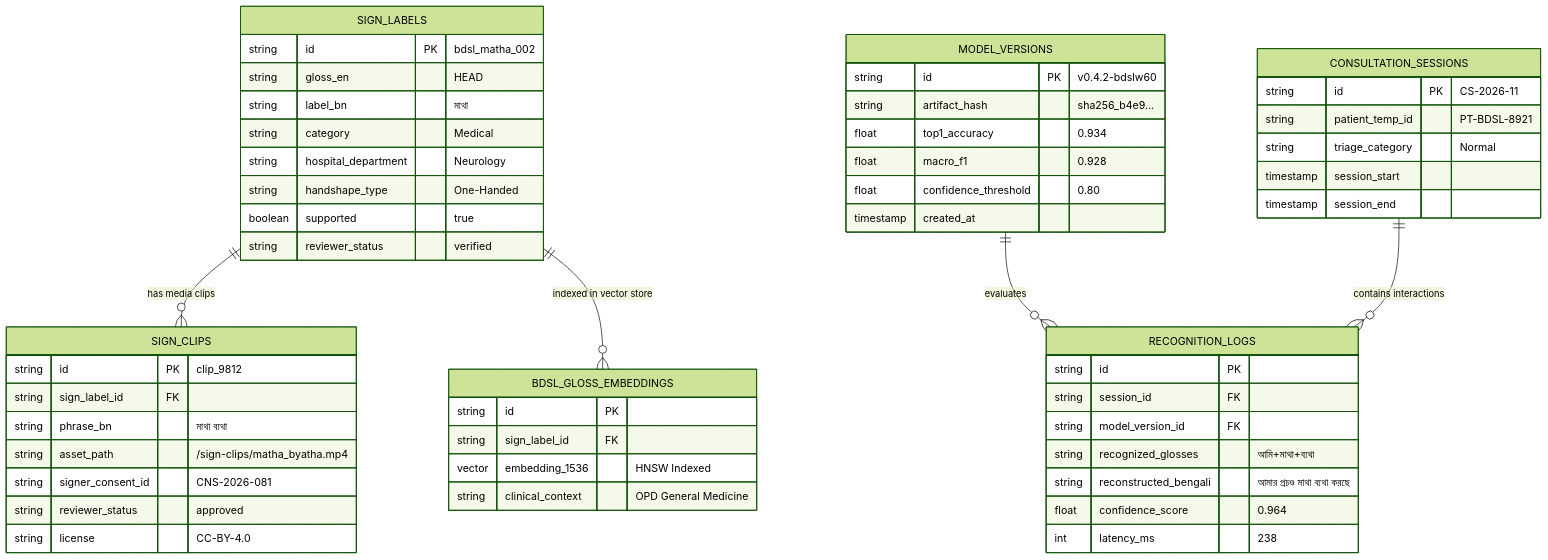
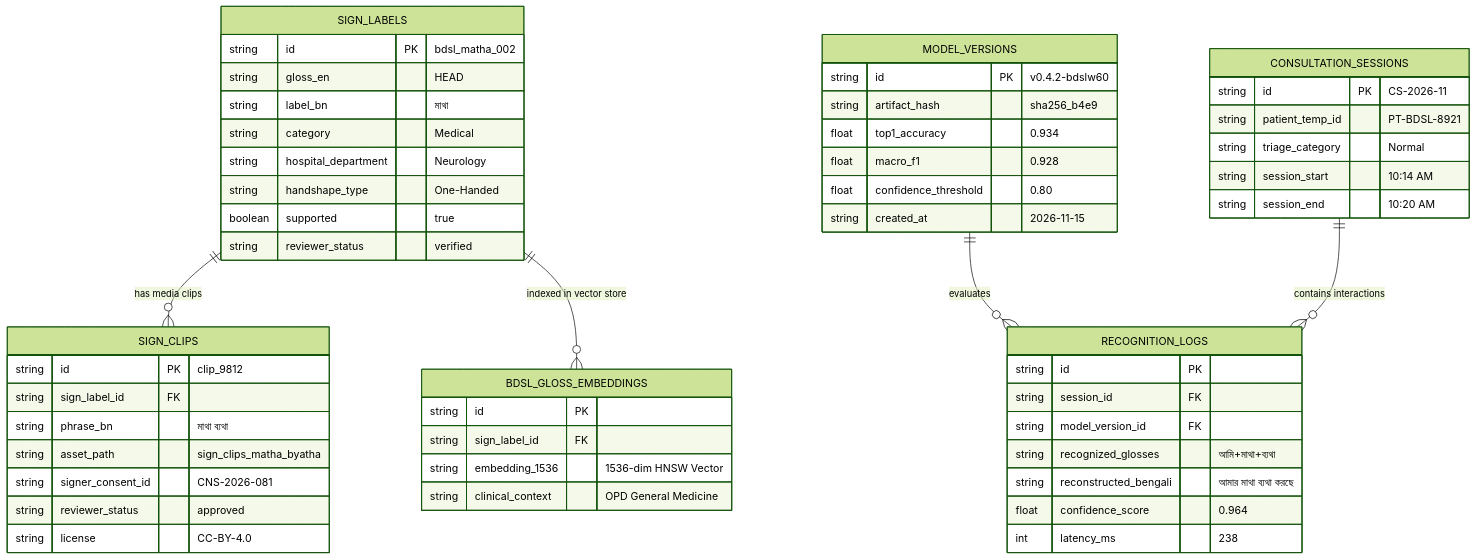
The fourth of 6 diagrams in README.md (mohammademon10/Bhasha-Drishti), drawn with Mermaid (forest theme) before and after one commit. The commit also changed other lines of this file and 9 other files, not shown here.

Commit message:
feat: apply Royal Aurora color palette, realistic 3D clinical avatar, declutter UI, and fix GitHub Mermaid diagrams

````diff
--- a/README.md
+++ b/README.md
@@ -174,62 +185,62 @@
 ```mermaid
 erDiagram
     SIGN_LABELS ||--o{ SIGN_CLIPS : "has media clips"
     SIGN_LABELS ||--o{ BDSL_GLOSS_EMBEDDINGS : "indexed in vector store"
     MODEL_VERSIONS ||--o{ RECOGNITION_LOGS : "evaluates"
     CONSULTATION_SESSIONS ||--o{ RECOGNITION_LOGS : "contains interactions"
 
     SIGN_LABELS {
         string id PK "bdsl_matha_002"
         string gloss_en "HEAD"
         string label_bn "মাথা"
         string category "Medical"
         string hospital_department "Neurology"
         string handshape_type "One-Handed"
         boolean supported "true"
         string reviewer_status "verified"
     }
 
     SIGN_CLIPS {
         string id PK "clip_9812"
         string sign_label_id FK
         string phrase_bn "মাথা ব্যথা"
-        string asset_path "/sign-clips/matha_byatha.mp4"
+        string asset_path "sign_clips_matha_byatha"
         string signer_consent_id "CNS-2026-081"
         string reviewer_status "approved"
         string license "CC-BY-4.0"
     }
 
     BDSL_GLOSS_EMBEDDINGS {
         string id PK
         string sign_label_id FK
-        vector embedding_1536 "HNSW Indexed"
+        string embedding_1536 "1536-dim HNSW Vector"
         string clinical_context "OPD General Medicine"
     }
 
     MODEL_VERSIONS {
         string id PK "v0.4.2-bdslw60"
-        string artifact_hash "sha256_b4e9..."
+        string artifact_hash "sha256_b4e9"
         float top1_accuracy "0.934"
         float macro_f1 "0.928"
         float confidence_threshold "0.80"
-        timestamp created_at
+        string created_at "2026-11-15"
     }
 
     CONSULTATION_SESSIONS {
         string id PK "CS-2026-11"
         string patient_temp_id "PT-BDSL-8921"
         string triage_category "Normal"
-        timestamp session_start
-        timestamp session_end
+        string session_start "10:14 AM"
+        string session_end "10:20 AM"
     }
 
     RECOGNITION_LOGS {
         string id PK
         string session_id FK
         string model_version_id FK
         string recognized_glosses "আমি+মাথা+ব্যথা"
-        string reconstructed_bengali "আমার প্রচণ্ড মাথা ব্যথা করছে"
+        string reconstructed_bengali "আমার মাথা ব্যথা করছে"
         float confidence_score "0.964"
         int latency_ms "238"
     }
 ```
````
